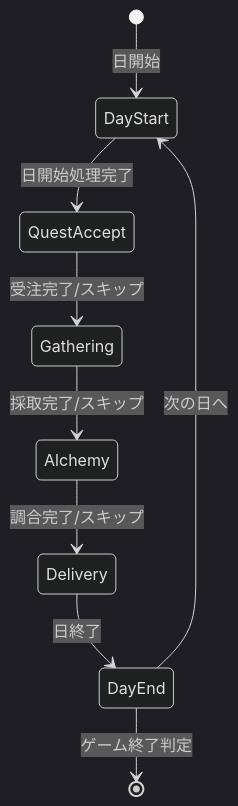
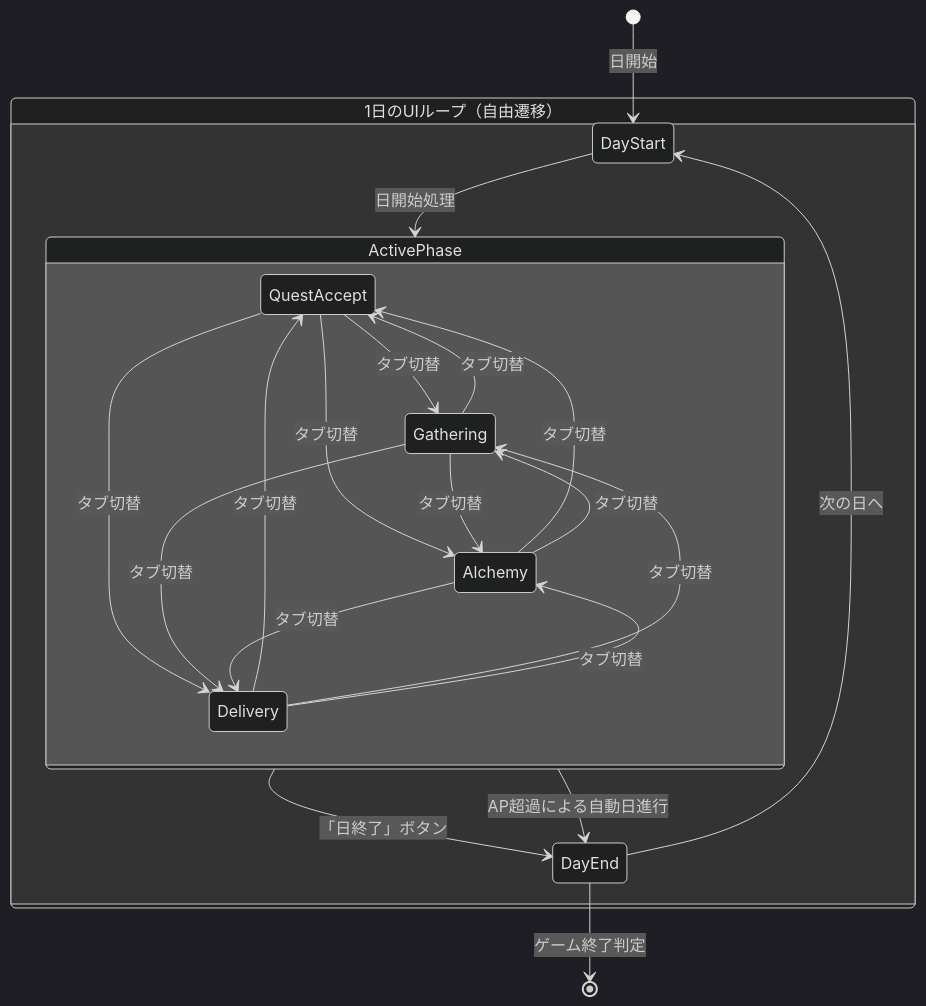
Before and after one commit to yaguma/atelier: the diagram in docs/design/atelier-guild-rank/ui-design/screens/main.md, drawn with Mermaid (dark theme). The commit also changed other lines of this file and 3 other files, not shown here.

````diff
--- a/docs/design/atelier-guild-rank/ui-design/screens/main.md
+++ b/docs/design/atelier-guild-rank/ui-design/screens/main.md
@@ -85,17 +89,29 @@
 ```mermaid
 stateDiagram-v2
     [*] --> DayStart: 日開始
 
-    DayStart --> QuestAccept: 日開始処理完了
+    state "1日のUIループ（自由遷移）" as DayLoop {
+        DayStart --> ActivePhase: 日開始処理
 
-    QuestAccept --> Gathering: 受注完了/スキップ
+        state ActivePhase {
+            QuestAccept --> Gathering: タブ切替
+            Gathering --> QuestAccept: タブ切替
+            QuestAccept --> Alchemy: タブ切替
+            Alchemy --> QuestAccept: タブ切替
+            QuestAccept --> Delivery: タブ切替
+            Delivery --> QuestAccept: タブ切替
+            Gathering --> Alchemy: タブ切替
+            Alchemy --> Gathering: タブ切替
+            Gathering --> Delivery: タブ切替
+            Delivery --> Gathering: タブ切替
+            Alchemy --> Delivery: タブ切替
+            Delivery --> Alchemy: タブ切替
+        }
 
-    Gathering --> Alchemy: 採取完了/スキップ
+        ActivePhase --> DayEnd: 「日終了」ボタン
+        ActivePhase --> DayEnd: AP超過による自動日進行
+    }
 
-    Alchemy --> Delivery: 調合完了/スキップ
-
-    Delivery --> DayEnd: 日終了
-
+    DayEnd --> DayStart: 次の日へ
     DayEnd --> [*]: ゲーム終了判定
-    DayEnd --> DayStart: 次の日へ
 ```
````
